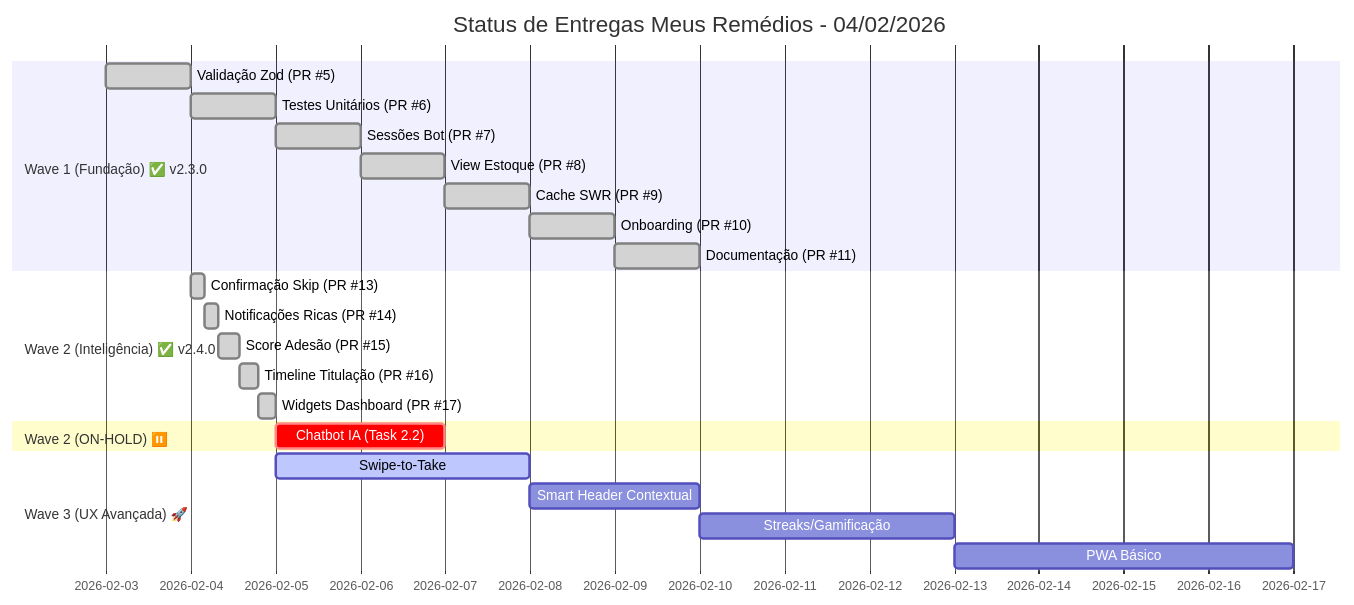
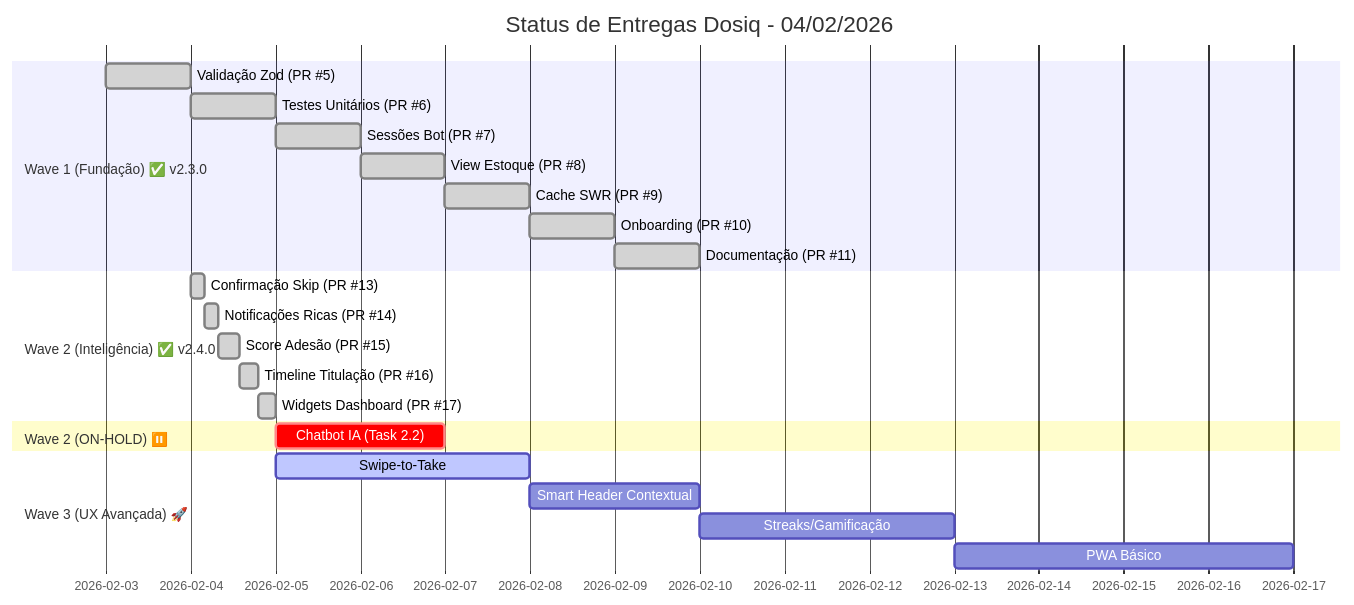
Before and after one commit to coelhotv/dosiq: the first of 5 diagrams in plans/archive_old/roadmap_v3/ROADMAP_ZERO_COST_MVP.md, drawn with Mermaid. The commit also changed other lines of this file and 151 other files, not shown here.

````diff
--- a/plans/archive_old/roadmap_v3/ROADMAP_ZERO_COST_MVP.md
+++ b/plans/archive_old/roadmap_v3/ROADMAP_ZERO_COST_MVP.md
@@ -28,30 +28,30 @@
 ```mermaid
 gantt
-    title Status de Entregas Meus Remédios - 04/02/2026
+    title Status de Entregas Dosiq - 04/02/2026
     dateFormat  YYYY-MM-DD
     
     section Wave 1 (Fundação) ✅ v2.3.0
     Validação Zod (PR #5)       :done, w1_1, 2026-02-03, 1d
     Testes Unitários (PR #6)    :done, w1_2, after w1_1, 1d
     Sessões Bot (PR #7)         :done, w1_3, after w1_2, 1d
     View Estoque (PR #8)        :done, w1_4, after w1_3, 1d
     Cache SWR (PR #9)           :done, w1_5, after w1_4, 1d
     Onboarding (PR #10)         :done, w1_6, after w1_5, 1d
     Documentação (PR #11)       :done, w1_7, after w1_6, 1d
     
     section Wave 2 (Inteligência) ✅ v2.4.0
     Confirmação Skip (PR #13)   :done, w2_5, 2026-02-04, 4h
     Notificações Ricas (PR #14) :done, w2_6, after w2_5, 4h
     Score Adesão (PR #15)       :done, w2_1, after w2_6, 6h
     Timeline Titulação (PR #16) :done, w2_3, after w2_1, 5h
     Widgets Dashboard (PR #17)  :done, w2_4, after w2_3, 5h
     
     section Wave 2 (ON-HOLD) ⏸️
     Chatbot IA (Task 2.2)       :crit, w2_2, after w2_4, 2d
     
     section Wave 3 (UX Avançada) 🚀
     Swipe-to-Take               :active, w3_1, after w2_4, 3d
     Smart Header Contextual     :w3_2, after w3_1, 2d
     Streaks/Gamificação         :w3_3, after w3_2, 3d
     PWA Básico                  :w3_4, after w3_3, 4d
 ```
````
